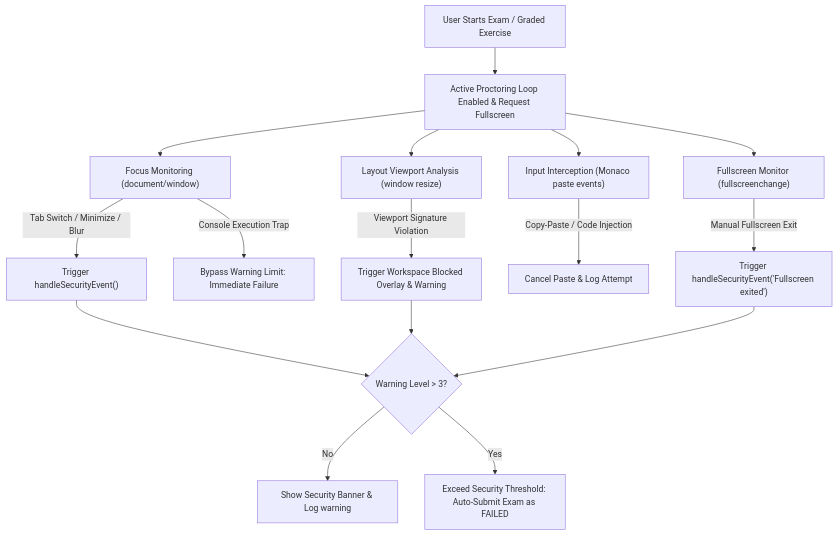
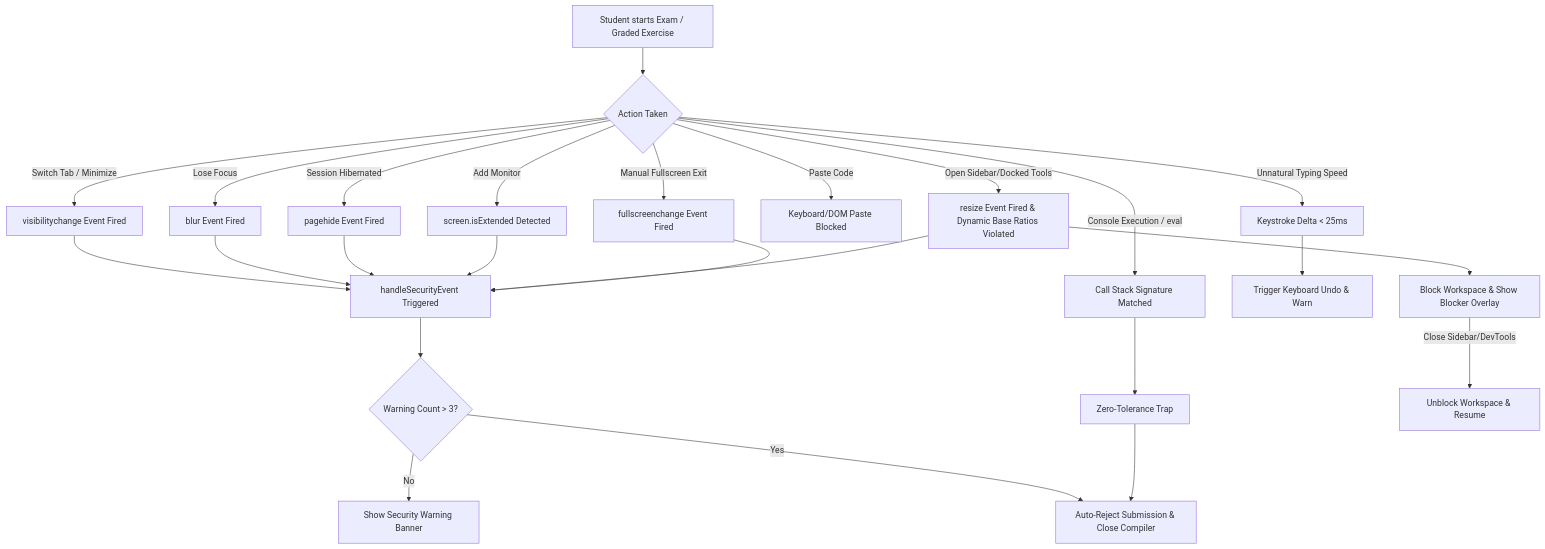
Before and after one commit to suyash-rgb/JS-Mentor: the diagram in Anti-cheat proctoring engine.md, drawn with Mermaid. The commit also changed 1 other file, not shown here.

Commit message:
docs: correct anti-cheat proctoring engine diagram

````diff
--- a/Anti-cheat proctoring engine.md
+++ b/Anti-cheat proctoring engine.md
@@ -11,26 +11,36 @@
 ```mermaid
-graph TD
-    A["User Starts Exam / Graded Exercise"] --> B["Active Proctoring Loop Enabled & Request Fullscreen"]
+flowchart TD
+    A[Student starts Exam / Graded Exercise] --> B{Action Taken}
     
-    %% Monitoring Nodes
-    B --> C["Focus Monitoring (document/window)"]
-    B --> D["Layout Viewport Analysis (window resize)"]
-    B --> E["Input Interception (Monaco paste events)"]
-    B --> F["Fullscreen Monitor (fullscreenchange)"]
+    B -- Switch Tab / Minimize --> C[visibilitychange Event Fired]
+    B -- Lose Focus --> D[blur Event Fired]
+    B -- Session Hibernated --> HIB[pagehide Event Fired]
+    B -- Add Monitor --> MON[screen.isExtended Detected]
     
-    %% Action Nodes
-    C -->|Tab Switch / Minimize / Blur| G["Trigger handleSecurityEvent()"]
-    D -->|Viewport Signature Violation| H["Trigger Workspace Blocked Overlay & Warning"]
-    E -->|Copy-Paste / Code Injection| I["Cancel Paste & Log Attempt"]
-    F -->|Manual Fullscreen Exit| J["Trigger handleSecurityEvent('Fullscreen exited')"]
+    B -- Unnatural Typing Speed --> KSD[Keystroke Delta < 25ms]
+    B -- Paste Code --> E[Keyboard/DOM Paste Blocked]
     
-    %% Warnings & Rejection
-    G --> K{"Warning Level > 3?"}
-    H --> K
-    J --> K
-    K -- No --> L["Show Security Banner & Log warning"]
-    K -- Yes --> M["Exceed Security Threshold: Auto-Submit Exam as FAILED"]
+    B -- Console Execution / eval --> CON[Call Stack Signature Matched]
+    B -- Open Sidebar/Docked Tools --> K[resize Event Fired & Dynamic Base Ratios Violated]
+    B -- Manual Fullscreen Exit --> FSE[fullscreenchange Event Fired]
     
-    %% Zero-Tolerance Trap
-    C -->|Console Execution Trap| N["Bypass Warning Limit: Immediate Failure"]
+    C --> F[handleSecurityEvent Triggered]
+    D --> F
+    HIB --> F
+    MON --> F
+    K --> F
+    FSE --> F
+    
+    KSD --> UNDO[Trigger Keyboard Undo & Warn]
+    
+    K --> J[Block Workspace & Show Blocker Overlay]
+    
+    F --> G{Warning Count > 3?}
+    G -- No --> H[Show Security Warning Banner]
+    G -- Yes --> I[Auto-Reject Submission & Close Compiler]
+    
+    CON --> Z[Zero-Tolerance Trap]
+    Z --> I
+    
+    J -- Close Sidebar/DevTools --> L[Unblock Workspace & Resume]
 ```
````
